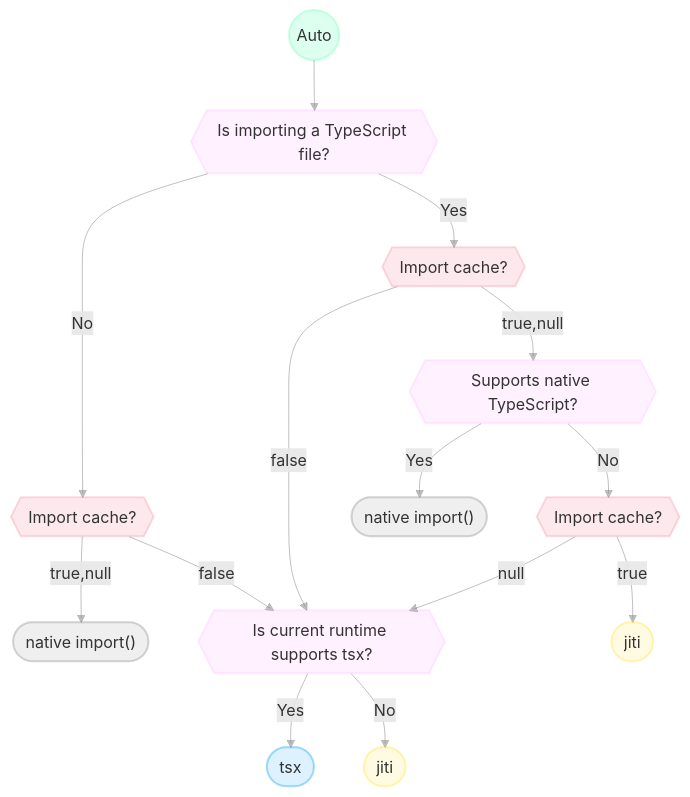
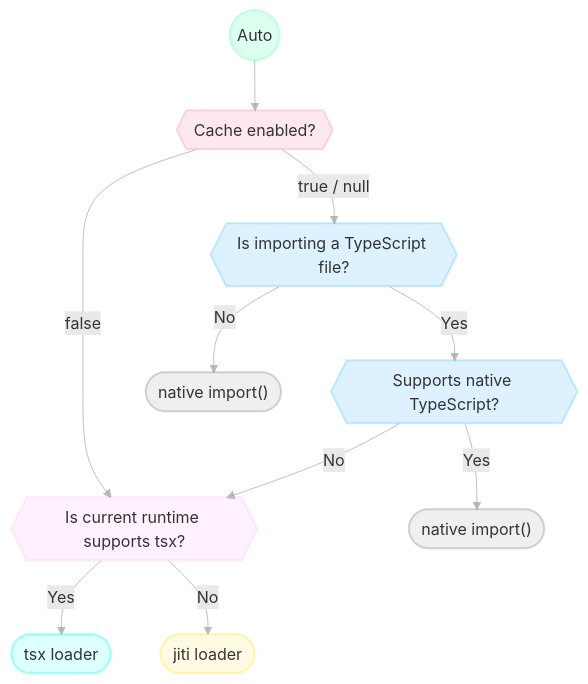
One commit to antfu-collective/importx changed the diagram in README.md. Above: the diagram before and after it, drawn with Mermaid. The commit also changed other lines of this file and 8 other files, not shown here.

Commit message:
feat: upgrade tsx, support no-cache mode, update auto algorithm

````diff
--- a/README.md
+++ b/README.md
@@ -45,31 +45,41 @@
 ```mermaid
 graph TD
-  A((Auto)) --> IsTS{{"Is importing a TypeScript file?"}}
-  IsTS --> |No| Cache{{"Import cache?"}}
-  Cache --> |true,null| Native1(["native import()"])
-  Cache --> |false| F
+  A((Auto)) --> Cache
 
-  Cache2 --> |false| F
-  IsTS --> |Yes| Cache2{{"Import cache?"}}
-  Cache2 --> |true,null| D{{"Supports native TypeScript?"}}
-  D --> |No| Cache3{{"Import cache?"}}
-  D --> |Yes| Native2(["native import()"])
-  Cache3 --> |true| Jiti1([jiti])
-  Cache3 --> |null| F{{"Is current runtime supports tsx?"}}
-  F --> |Yes| Tsx3([tsx])
-  F --> |No| Jiti2([jiti])
+  Cache --> |false| RuntimeTsx
+  Cache --> |true / null| IsTS
+
+  IsTS --> |Yes| SupportTs
+  IsTS --> |No| Native1
+
+  SupportTs --> |No| RuntimeTsx
+  SupportTs --> |Yes| Native2
+
+  RuntimeTsx --> |Yes| Tsx
+  RuntimeTsx --> |No| Jiti
+
+  IsTS{{"Is importing a TypeScript file?"}}
+  SupportTs{{"Supports native TypeScript?"}}
+  Cache{{"Cache enabled?"}}
+  Native1(["native import()"])
+  Native2(["native import()"])
+  RuntimeTsx{{"Is current runtime supports tsx?"}}
+  Tsx([tsx loader])
+  Jiti([jiti loader])
 
   classDef auto fill:#0f82,stroke:#0f83,stroke-width:2px;
   classDef question fill:#f9f2,stroke:#f9f3,stroke-width:2px;
   classDef cache fill:#eb527120,stroke:#eb527133,stroke-width:2px;
   classDef native fill:#8882,stroke:#8883,stroke-width:2px;
-  classDef tsx fill:#09f2,stroke:#09f3,stroke-width:2px;
+  classDef ts fill:#09f2,stroke:#09f3,stroke-width:2px;
+  classDef tsx fill:#0fe2,stroke:#0fe3,stroke-width:2px;
   classDef jiti fill:#ffde2220,stroke:#ffde2230,stroke-width:2px;
   class A auto;
-  class IsTS,D,F question;
-  class Cache,Cache2,Cache3 cache;
-  class Native1,Native2 native;
-  class Tsx1,Tsx2,Tsx3 tsx;
-  class Jiti1,Jiti2 jiti;
+  class RuntimeTsx question;
+  class Cache cache;
+  class Native1,Native2,Native3 native;
+  class IsTS,SupportTs ts;
+  class Tsx tsx;
+  class Jiti jiti;
   linkStyle default stroke:#8888
 ```
````
